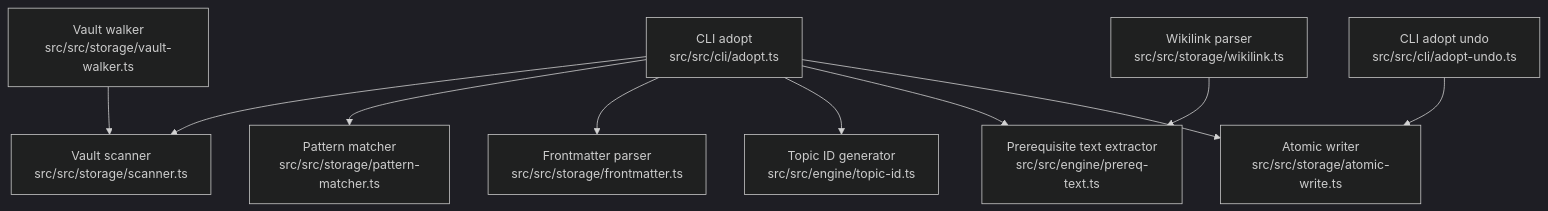
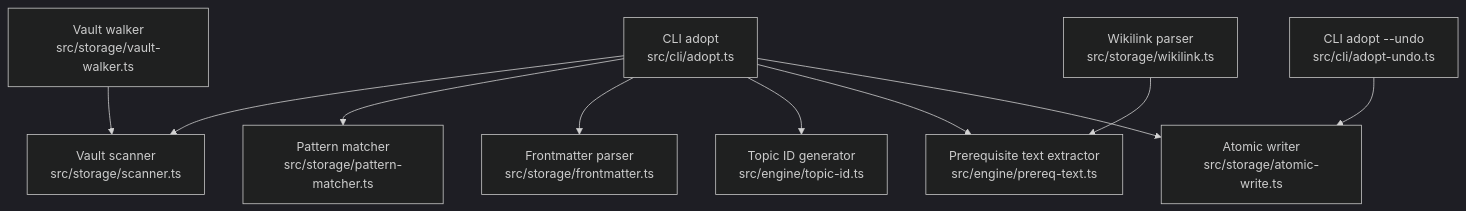
Before and after one commit to Kuldeep2822k/palee-architecture: the first of 6 diagrams in User Guide/Topic Management/Adopting Topics/Adopt Commands and Options.md, drawn with Mermaid (dark theme). The commit also changed other lines of this file and 5 other files, not shown here.

Commit message:
docs(topic-management): rewrite Adopt Commands page from the real CLI surface

````diff
--- a/User Guide/Topic Management/Adopting Topics/Adopt Commands and Options.md
+++ b/User Guide/Topic Management/Adopting Topics/Adopt Commands and Options.md
@@ -37,12 +37,12 @@
 ```mermaid
 graph TB
-    CLI_Adopt["CLI adopt<br/>src/src/cli/adopt.ts"] --> Scanner["Vault scanner<br/>src/src/storage/scanner.ts"]
-    CLI_Adopt --> PatternMatcher["Pattern matcher<br/>src/src/storage/pattern-matcher.ts"]
-    CLI_Adopt --> Frontmatter["Frontmatter parser<br/>src/src/storage/frontmatter.ts"]
-    CLI_Adopt --> TopicId["Topic ID generator<br/>src/src/engine/topic-id.ts"]
-    CLI_Adopt --> PrereqText["Prerequisite text extractor<br/>src/src/engine/prereq-text.ts"]
-    CLI_Adopt --> AtomicWrite["Atomic writer<br/>src/src/storage/atomic-write.ts"]
-    CLI_Undo["CLI adopt undo<br/>src/src/cli/adopt-undo.ts"] --> AtomicWrite
-    VaultWalker["Vault walker<br/>src/src/storage/vault-walker.ts"] --> Scanner
-    Wikilink["Wikilink parser<br/>src/src/storage/wikilink.ts"] --> PrereqText
+    CLI_Adopt["CLI adopt<br/>src/cli/adopt.ts"] --> Scanner["Vault scanner<br/>src/storage/scanner.ts"]
+    CLI_Adopt --> PatternMatcher["Pattern matcher<br/>src/storage/pattern-matcher.ts"]
+    CLI_Adopt --> Frontmatter["Frontmatter parser<br/>src/storage/frontmatter.ts"]
+    CLI_Adopt --> TopicId["Topic ID generator<br/>src/engine/topic-id.ts"]
+    CLI_Adopt --> PrereqText["Prerequisite text extractor<br/>src/engine/prereq-text.ts"]
+    CLI_Adopt --> AtomicWrite["Atomic writer<br/>src/storage/atomic-write.ts"]
+    CLI_Undo["CLI adopt --undo<br/>src/cli/adopt-undo.ts"] --> AtomicWrite
+    VaultWalker["Vault walker<br/>src/storage/vault-walker.ts"] --> Scanner
+    Wikilink["Wikilink parser<br/>src/storage/wikilink.ts"] --> PrereqText
 ```
````
